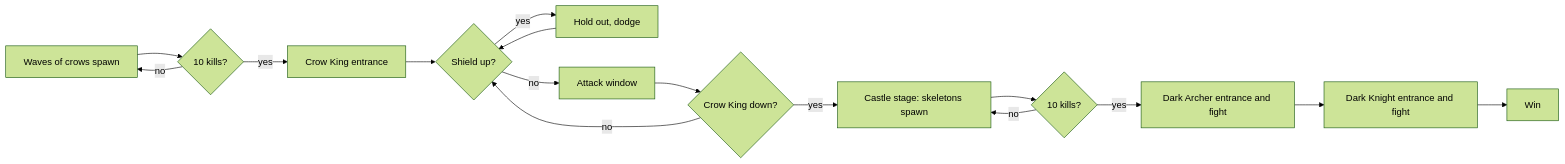
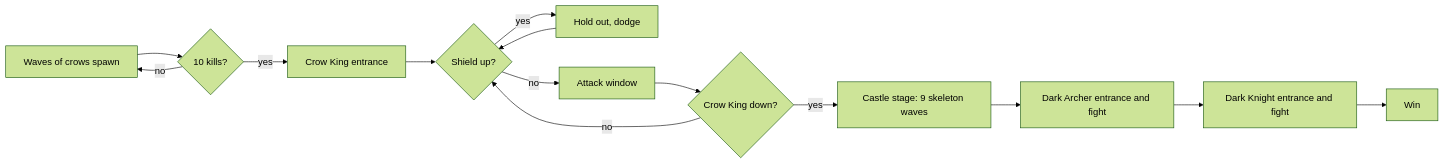
Before and after one commit to MrBisonte/crow-archer: the first of 2 diagrams in docs/manual.md, drawn with Mermaid (forest theme). The commit also changed other lines of this file and 12 other files, not shown here.

First line of the commit message:
feat: pixel-art overhaul, castle stage polish, and balance pass

````diff
--- a/docs/manual.md
+++ b/docs/manual.md
@@ -42,18 +42,16 @@
 ```mermaid
 flowchart LR
     S[Waves of crows spawn] --> K{10 kills?}
     K -- no --> S
     K -- yes --> E[Crow King entrance]
     E --> P{Shield up?}
     P -- yes --> H[Hold out, dodge]
     H --> P
     P -- no --> A[Attack window]
     A --> D{Crow King down?}
     D -- no --> P
-    D -- yes --> C[Castle stage: skeletons spawn]
-    C --> SK{10 kills?}
-    SK -- no --> C
-    SK -- yes --> DA[Dark Archer entrance and fight]
+    D -- yes --> C[Castle stage: 9 skeleton waves]
+    C --> DA[Dark Archer entrance and fight]
     DA --> DK[Dark Knight entrance and fight]
     DK --> W[Win]
 ```
````
